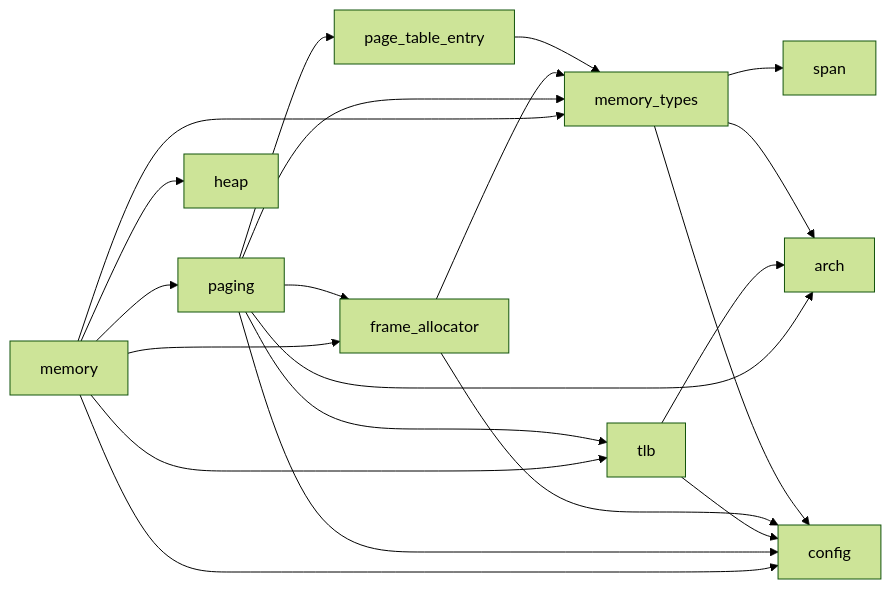
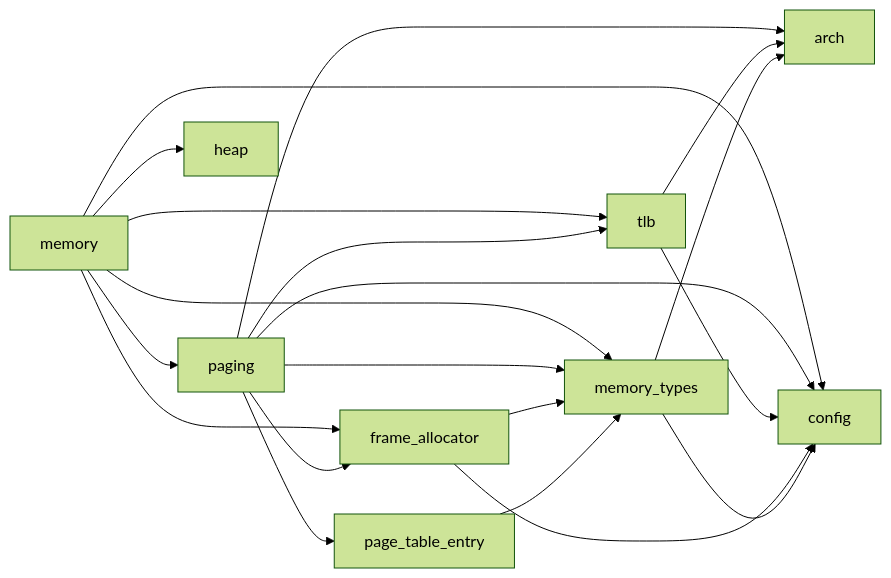
The second of 7 diagrams in docs/design/memory-subsystem-v2.md (MRNIU/SimpleKernel), drawn with Mermaid (forest theme) before and after one commit. The commit also changed other lines of this file and 13 other files, not shown here.

First line of the commit message:
refactor(memory_types): 合并 span crate 至 memory_types 内部模块

````diff
--- a/docs/design/memory-subsystem-v2.md
+++ b/docs/design/memory-subsystem-v2.md
@@ -137,39 +137,37 @@
 ```mermaid
 graph LR
-    span["span"]
     arch["arch"]
     config["config"]
     mem_types["memory_types"]
     pte["page_table_entry"]
     frame["frame_allocator"]
     tlb["tlb"]
     paging["paging"]
     heap["heap"]
     memory["memory"]
 
-    mem_types --> span
     mem_types --> arch
     mem_types --> config
 
     pte --> mem_types
 
     frame --> mem_types
     frame --> config
 
     tlb --> arch
     tlb --> config
 
     paging --> pte
     paging --> frame
     paging --> tlb
     paging --> mem_types
     paging --> arch
     paging --> config
 
     memory --> paging
     memory --> frame
     memory --> heap
     memory --> tlb
     memory --> mem_types
     memory --> config
 ```
````
